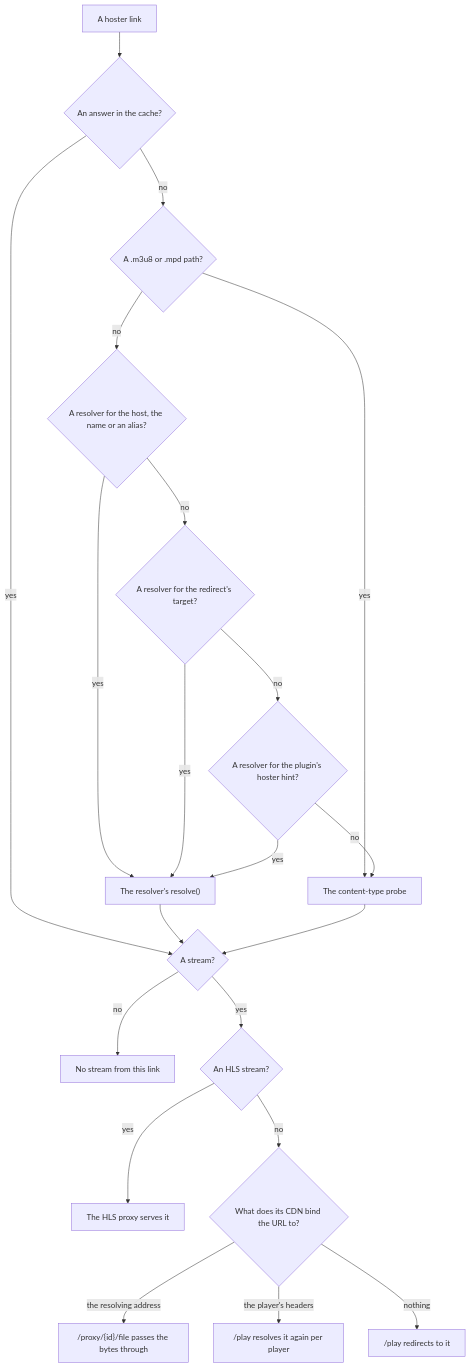
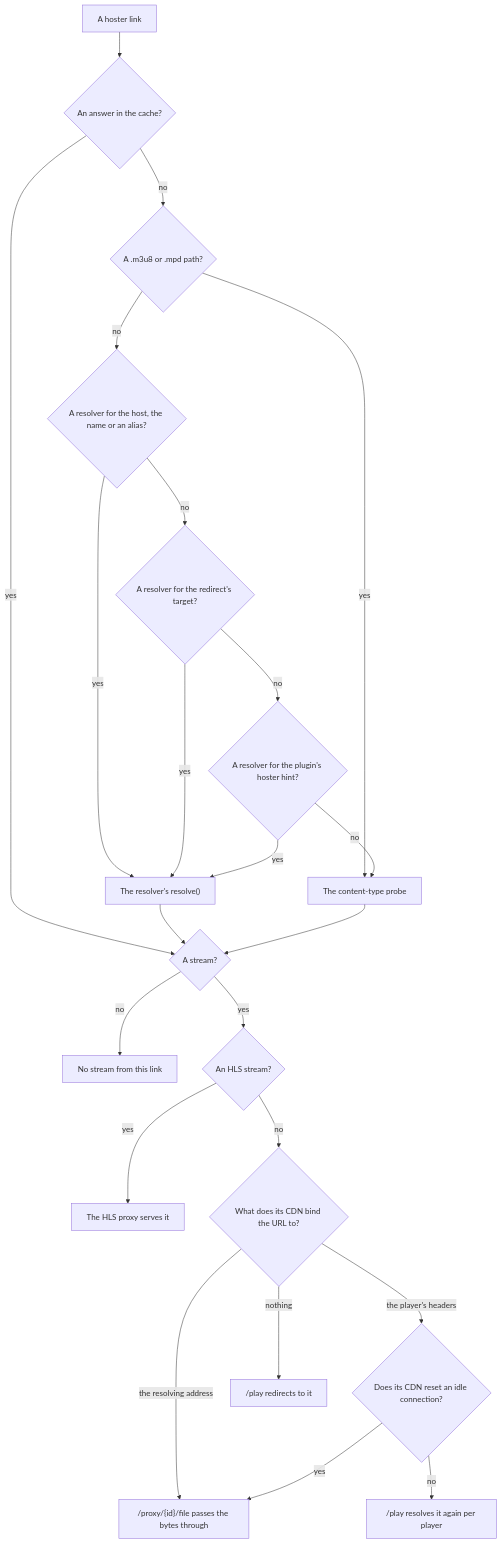
Before and after one commit to Strob0t/Scavengarr: the first of 3 diagrams in docs/current/hoster-resolvers.md, drawn with Mermaid. The commit also changed other lines of this file and 21 other files, not shown here.

````diff
--- a/docs/current/hoster-resolvers.md
+++ b/docs/current/hoster-resolvers.md
@@ -54,23 +54,25 @@
 ```mermaid
 flowchart TD
     link["A hoster link"] --> cached{"An answer in the cache?"}
     cached -- yes --> judged
     cached -- no --> playlist{"A .m3u8 or .mpd path?"}
     playlist -- yes --> probe["The content-type probe"]
     playlist -- no --> own{"A resolver for the host, the name or an alias?"}
     own -- yes --> resolve["The resolver's resolve()"]
     own -- no --> redirect{"A resolver for the redirect's target?"}
     redirect -- yes --> resolve
     redirect -- no --> hint{"A resolver for the plugin's hoster hint?"}
     hint -- yes --> resolve
     hint -- no --> probe
     resolve --> judged{"A stream?"}
     probe --> judged
     judged -- no --> none["No stream from this link"]
     judged -- yes --> hls{"An HLS stream?"}
     hls -- yes --> hls_proxy["The HLS proxy serves it"]
     hls -- no --> binding{"What does its CDN bind the URL to?"}
     binding -- "the resolving address" --> file_proxy["/proxy/{id}/file passes the bytes through"]
-    binding -- "the player's headers" --> per_player["/play resolves it again per player"]
+    binding -- "the player's headers" --> idle{"Does its CDN reset an idle connection?"}
+    idle -- yes --> file_proxy
+    idle -- no --> per_player["/play resolves it again per player"]
     binding -- nothing --> play["/play redirects to it"]
 ```
````
